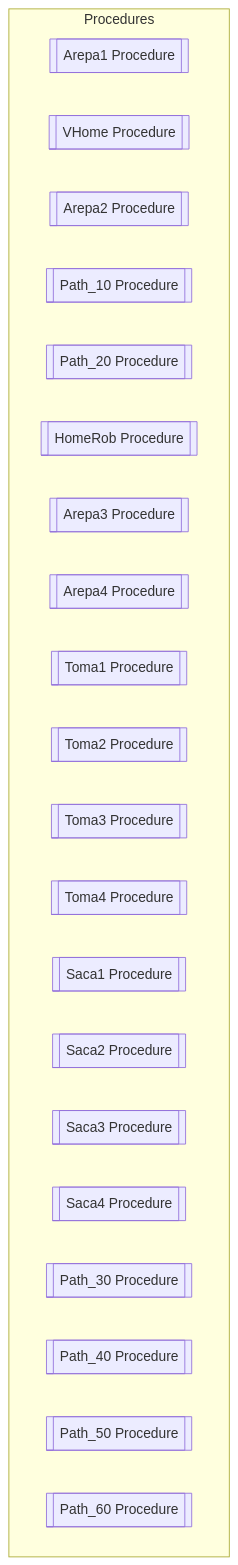
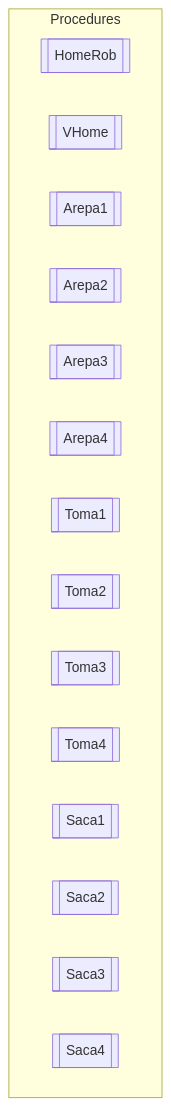
One commit to Jorge-E-Mlgvr/LAB-ROB-TICA changed the sixth of 6 diagrams in Proyecto/readme.md. Above: the diagram before and after it, drawn with Mermaid.

````diff
--- a/Proyecto/readme.md
+++ b/Proyecto/readme.md
@@ -209,25 +209,19 @@
 ```mermaid
 graph TD
     subgraph Procedures
-        Arepa1[[Arepa1 Procedure]]
-        VHome[[VHome Procedure]]
-        Arepa2[[Arepa2 Procedure]]
-        Path_10[[Path_10 Procedure]]
-        Path_20[[Path_20 Procedure]]
-        HomeRob[[HomeRob Procedure]]
-        Arepa3[[Arepa3 Procedure]]
-        Arepa4[[Arepa4 Procedure]]
-        Toma1[[Toma1 Procedure]]
-        Toma2[[Toma2 Procedure]]
-        Toma3[[Toma3 Procedure]]
-        Toma4[[Toma4 Procedure]]
-        Saca1[[Saca1 Procedure]]
-        Saca2[[Saca2 Procedure]]
-        Saca3[[Saca3 Procedure]]
-        Saca4[[Saca4 Procedure]]
-        Path_30[[Path_30 Procedure]]
-        Path_40[[Path_40 Procedure]]
-        Path_50[[Path_50 Procedure]]
-        Path_60[[Path_60 Procedure]]
+        HomeRob[[HomeRob]]
+        VHome[[VHome]]
+        Arepa1[[Arepa1]]
+        Arepa2[[Arepa2]]
+        Arepa3[[Arepa3]]
+        Arepa4[[Arepa4]]
+        Toma1[[Toma1]]
+        Toma2[[Toma2]]
+        Toma3[[Toma3]]
+        Toma4[[Toma4]]
+        Saca1[[Saca1]]
+        Saca2[[Saca2]]
+        Saca3[[Saca3]]
+        Saca4[[Saca4]]
     end
 ```
````
